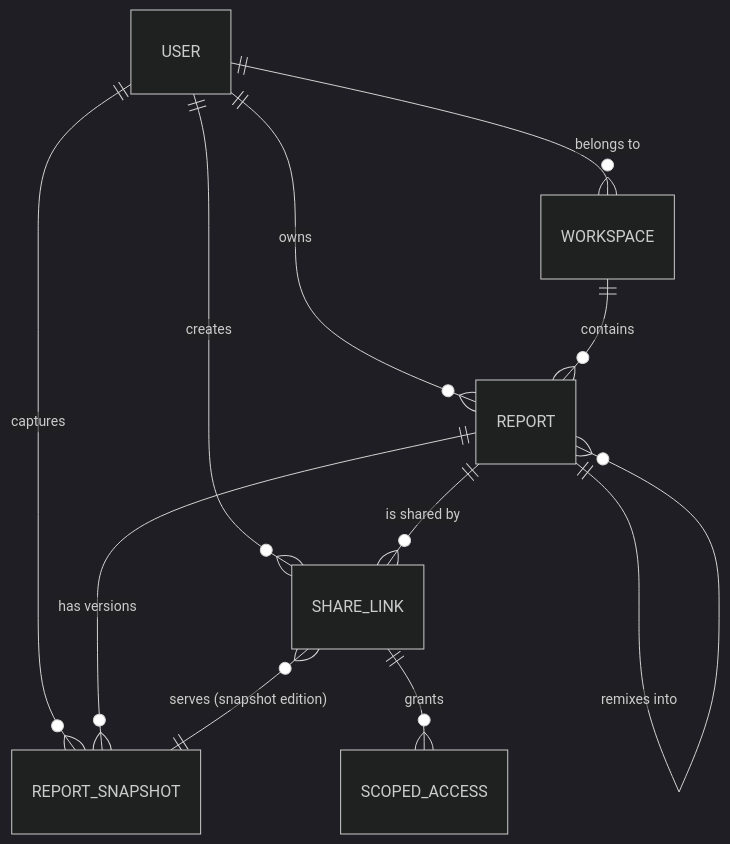
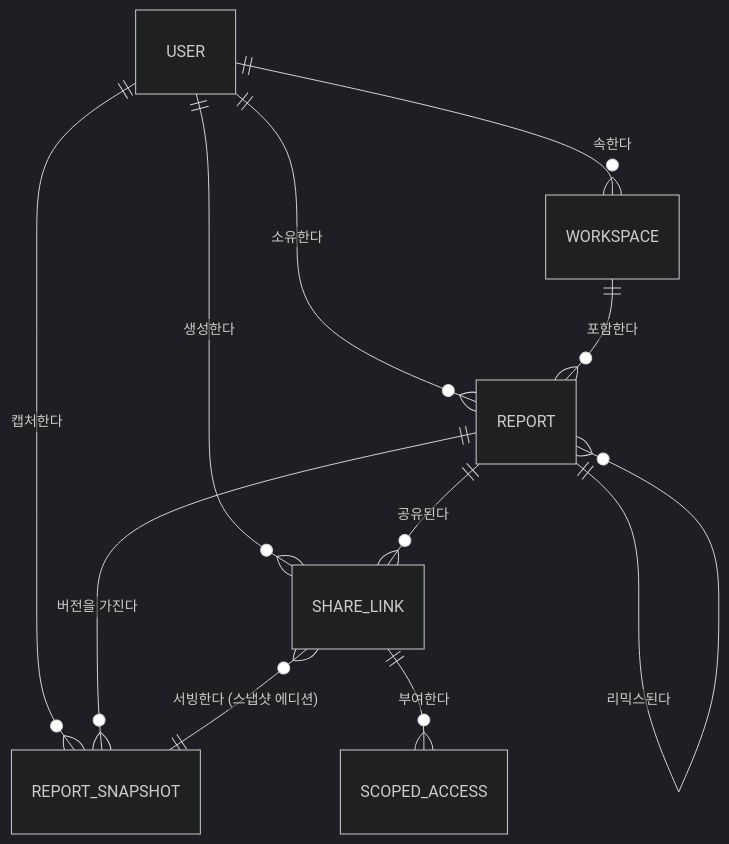
The diagram in docs/entity_model.md (vanillabrain/vanillameta), drawn with Mermaid (dark theme) before and after one commit. The commit also changed other lines of this file and 15 other files, not shown here.

````diff
--- a/docs/entity_model.md
+++ b/docs/entity_model.md
@@ -12,13 +12,13 @@
 ```mermaid
 erDiagram
-    USER ||--o{ REPORT : "owns"
-    USER ||--o{ SHARE_LINK : "creates"
-    USER ||--o{ REPORT_SNAPSHOT : "captures"
-    REPORT ||--o{ SHARE_LINK : "is shared by"
-    REPORT ||--o{ REPORT_SNAPSHOT : "has versions"
-    REPORT ||--o{ REPORT : "remixes into"
-    SHARE_LINK }o--|| REPORT_SNAPSHOT : "serves (snapshot edition)"
-    SHARE_LINK ||--o{ SCOPED_ACCESS : "grants"
-    WORKSPACE ||--o{ REPORT : "contains"
-    USER ||--o{ WORKSPACE : "belongs to"
+    USER ||--o{ REPORT : "소유한다"
+    USER ||--o{ SHARE_LINK : "생성한다"
+    USER ||--o{ REPORT_SNAPSHOT : "캡처한다"
+    REPORT ||--o{ SHARE_LINK : "공유된다"
+    REPORT ||--o{ REPORT_SNAPSHOT : "버전을 가진다"
+    REPORT ||--o{ REPORT : "리믹스된다"
+    SHARE_LINK }o--|| REPORT_SNAPSHOT : "서빙한다 (스냅샷 에디션)"
+    SHARE_LINK ||--o{ SCOPED_ACCESS : "부여한다"
+    WORKSPACE ||--o{ REPORT : "포함한다"
+    USER ||--o{ WORKSPACE : "속한다"
 ```
````
